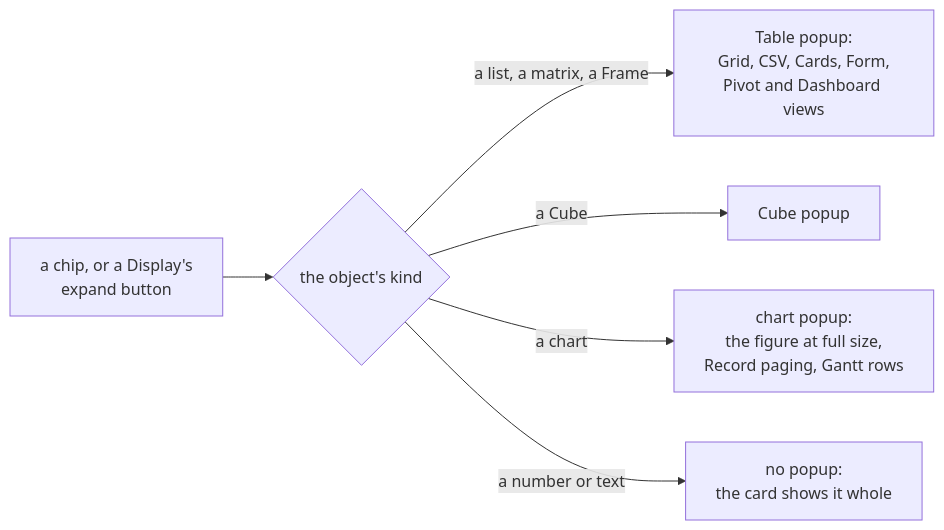
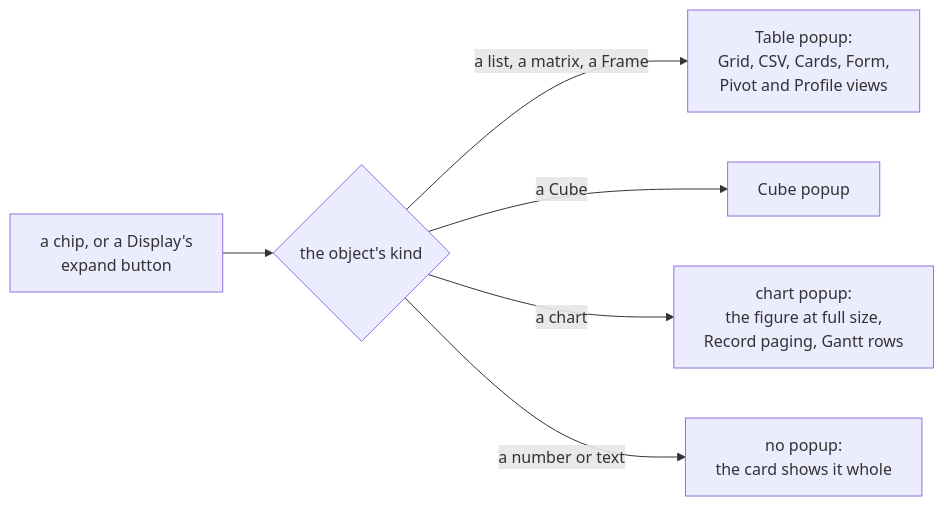
Before and after one commit to bubba8587/solenoid: the sixth of 7 diagrams in tree/specs/user-surfaces.md, drawn with Mermaid. The commit also changed 14 other files, not shown here.

First line of the commit message:
A Display draws a frame in its popup's own view; Describe's view is named Profile

````diff
--- a/tree/specs/user-surfaces.md
+++ b/tree/specs/user-surfaces.md
@@ -138,8 +138,8 @@
 ```mermaid
 flowchart LR
     from["a chip, or a Display's<br>expand button"] --> kind{"the object's kind"}
-    kind -->|"a list, a matrix, a Frame"| table["Table popup:<br>Grid, CSV, Cards, Form,<br>Pivot and Dashboard views"]
+    kind -->|"a list, a matrix, a Frame"| table["Table popup:<br>Grid, CSV, Cards, Form,<br>Pivot and Profile views"]
     kind -->|"a Cube"| cube["Cube popup"]
     kind -->|"a chart"| chart["chart popup:<br>the figure at full size,<br>Record paging, Gantt rows"]
     kind -->|"a number or text"| none["no popup:<br>the card shows it whole"]
 ```
````
